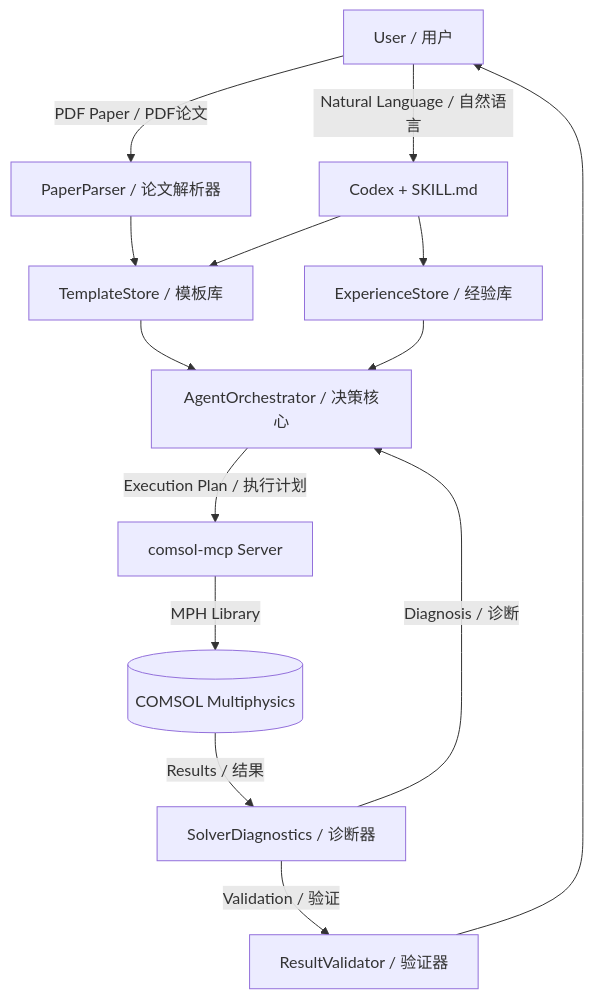
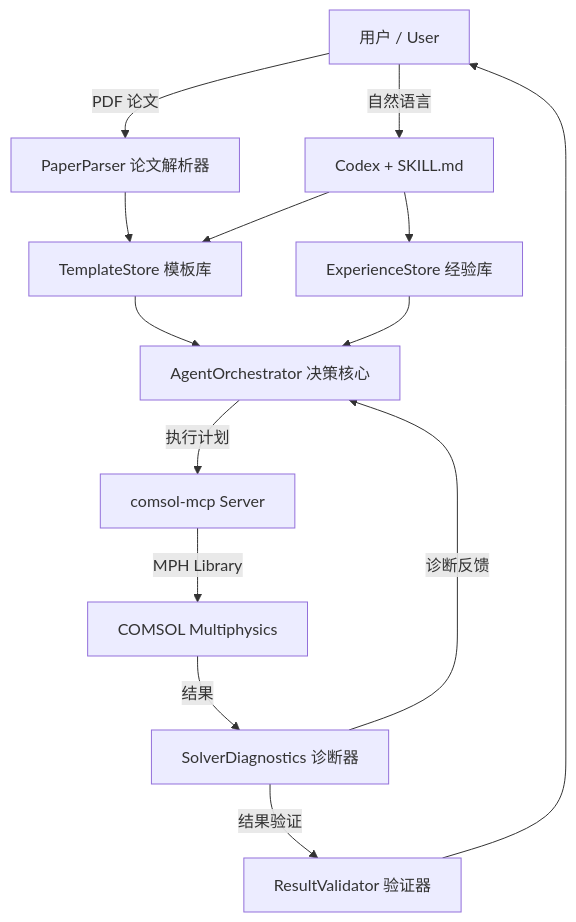
One commit to fllowzle/comsol-agent changed the diagram in README.md. Above: the diagram before and after it, drawn with Mermaid. The commit also changed other lines of this file, not shown here.

````diff
--- a/README.md
+++ b/README.md
@@ -27,16 +49,16 @@
 ```mermaid
 flowchart TD
-    A[User / 用户] -->|Natural Language / 自然语言| B[Codex + SKILL.md]
-    A -->|PDF Paper / PDF论文| C[PaperParser / 论文解析器]
-    C --> D[TemplateStore / 模板库]
+    A["用户 / User"] -->|"自然语言"| B["Codex + SKILL.md"]
+    A -->|"PDF 论文"| C["PaperParser 论文解析器"]
+    C --> D["TemplateStore 模板库"]
     B --> D
-    B --> E[ExperienceStore / 经验库]
-    D --> F[AgentOrchestrator / 决策核心]
+    B --> E["ExperienceStore 经验库"]
+    D --> F["AgentOrchestrator 决策核心"]
     E --> F
-    F -->|Execution Plan / 执行计划| G[comsol-mcp Server]
-    G -->|MPH Library| H[(COMSOL Multiphysics)]
-    H -->|Results / 结果| I[SolverDiagnostics / 诊断器]
-    I -->|Diagnosis / 诊断| F
-    I -->|Validation / 验证| J[ResultValidator / 验证器]
+    F -->|"执行计划"| G["comsol-mcp Server"]
+    G -->|"MPH Library"| H["COMSOL Multiphysics"]
+    H -->|"结果"| I["SolverDiagnostics 诊断器"]
+    I -->|"诊断反馈"| F
+    I -->|"结果验证"| J["ResultValidator 验证器"]
     J --> A
 ```
````
